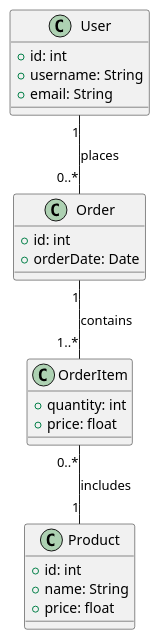
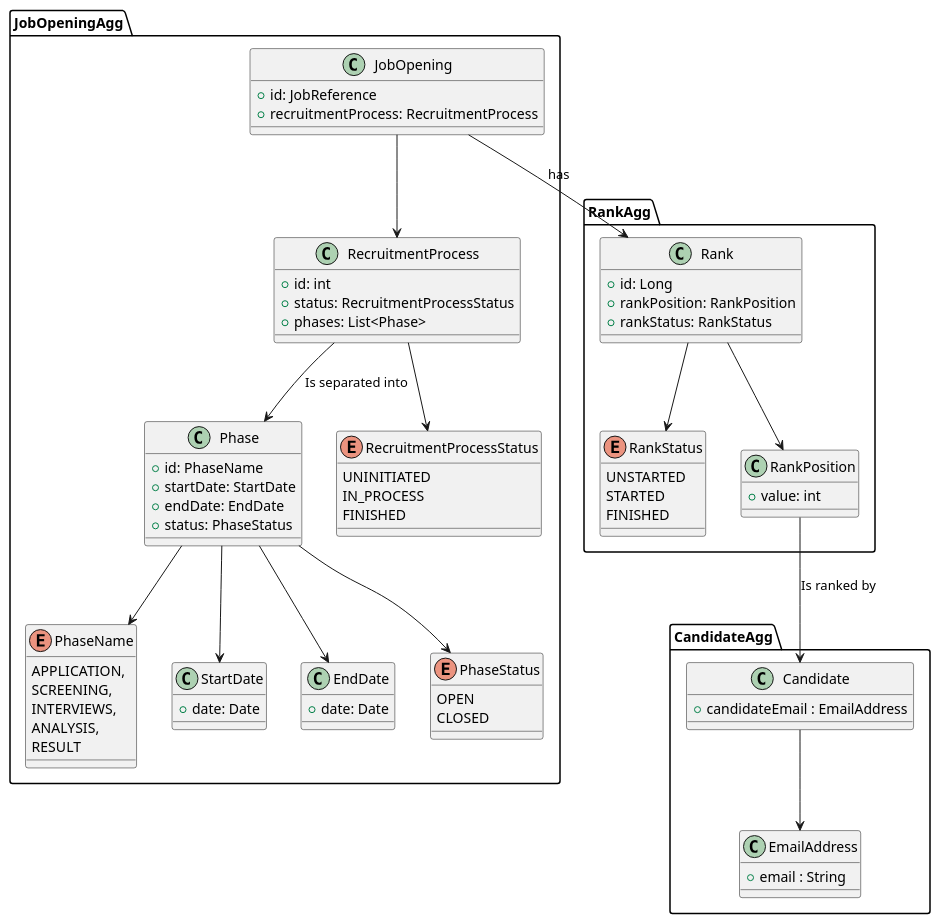
Before and after one commit to Mendoncaa/LAPR4: the diagram in docs/sprintC/US1013/02.analysis/puml/DM.puml, drawn with PlantUML. The commit also changed 2 other files, not shown here.

```diff
--- a/docs/sprintC/US1013/02.analysis/puml/DM.puml
+++ b/docs/sprintC/US1013/02.analysis/puml/DM.puml
@@ -1,27 +1,91 @@
 @startuml DomainModel
-class User {
-    +id: int
-    +username: String
-    +email: String
+package JobOpeningAgg {
+
+    class JobOpening {
+        +id: JobReference
+        +recruitmentProcess: RecruitmentProcess
+    }
+    class RecruitmentProcess {
+        +id: int
+        +status: RecruitmentProcessStatus
+        +phases: List<Phase>
+    }
+
+    class Phase {
+        +id: PhaseName
+        +startDate: StartDate
+        +endDate: EndDate
+        +status: PhaseStatus
+    }
+
+    enum PhaseName {
+            APPLICATION,
+            SCREENING,
+            INTERVIEWS,
+            ANALYSIS,
+            RESULT
+    }
+
+    class StartDate {
+        +date: Date
+    }
+
+    class EndDate {
+        +date: Date
+    }
+
+    enum PhaseStatus {
+        OPEN
+        CLOSED
+    }
+
+    enum RecruitmentProcessStatus {
+        UNINITIATED
+        IN_PROCESS
+        FINISHED
+    }
+
+    JobOpening --> RecruitmentProcess
+    RecruitmentProcess --> RecruitmentProcessStatus
+    RecruitmentProcess --> Phase : "Is separated into"
+    Phase --> PhaseName
+    Phase --> StartDate
+    Phase --> EndDate
+    Phase --> PhaseStatus
 }
 
-class Product {
-    +id: int
-    +name: String
-    +price: float
+package RankAgg {
+    class Rank {
+        +id: Long
+        +rankPosition: RankPosition
+        +rankStatus: RankStatus
+    }
+
+    enum RankStatus {
+        UNSTARTED
+        STARTED
+        FINISHED
+    }
+
+    class RankPosition {
+        +value: int
+    }
+
+    Rank --> RankPosition
+    Rank --> RankStatus
+    JobOpening --> Rank : "has"
 }
 
-class Order {
-    +id: int
-    +orderDate: Date
+package CandidateAgg {
+    class Candidate {
+        + candidateEmail : EmailAddress
+    }
+
+    class EmailAddress{
+        + email : String
+    }
+
+    Candidate --> EmailAddress
+    RankPosition --> Candidate : "Is ranked by"
 }
-
-class OrderItem {
-    +quantity: int
-    +price: float
-}
-
-User "1" -- "0..*" Order : places
-Order "1" -- "1..*" OrderItem : contains
-OrderItem "0..*" -- "1" Product : includes
 @enduml
```
